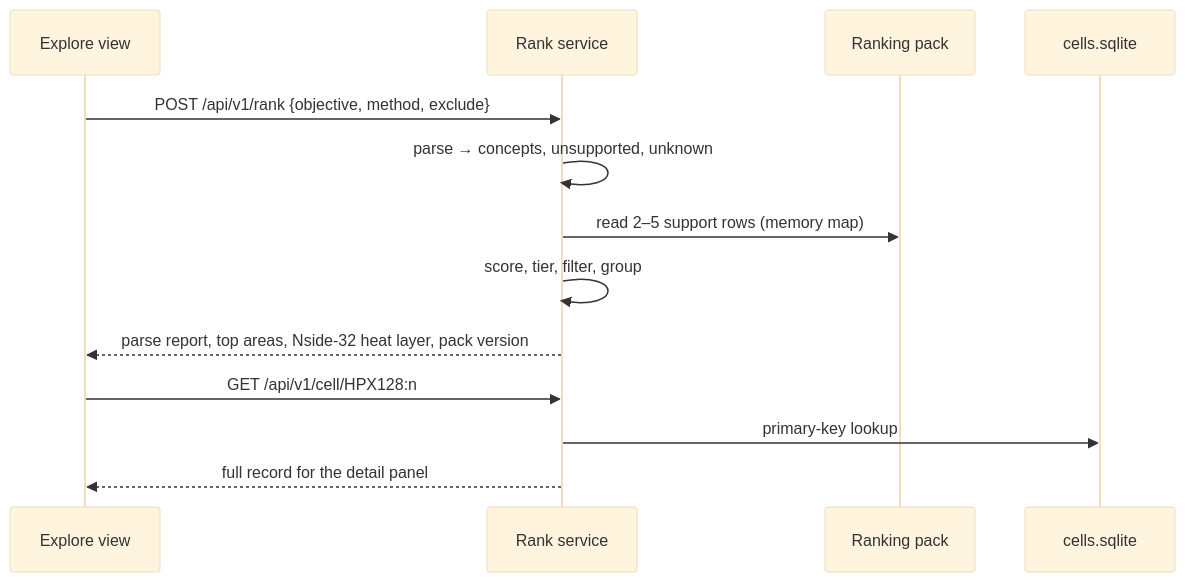
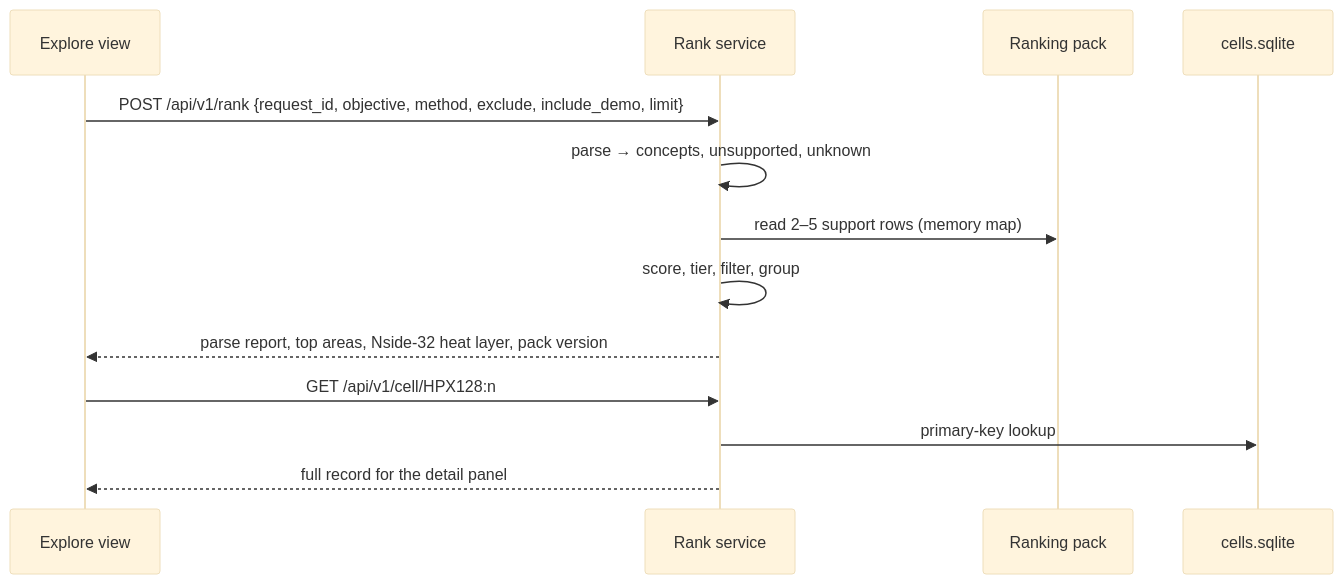
Before and after one commit to AbhimanthaW/Periapsis: the fifth of 7 diagrams in docs/region-ranking/BUILD-PLAN.md, drawn with Mermaid (base theme). The commit also changed other lines of this file and 1 other file, not shown here.

Commit message:
Isolate demo rankings and assemble responses after cache lookup

````diff
--- a/docs/region-ranking/BUILD-PLAN.md
+++ b/docs/region-ranking/BUILD-PLAN.md
@@ -190,15 +191,15 @@
 ```mermaid
 sequenceDiagram
   participant U as Explore view
   participant S as Rank service
   participant P as Ranking pack
   participant D as cells.sqlite
-  U->>S: POST /api/v1/rank {objective, method, exclude}
+  U->>S: POST /api/v1/rank {request_id, objective, method, exclude, include_demo, limit}
   S->>S: parse → concepts, unsupported, unknown
   S->>P: read 2–5 support rows (memory map)
   S->>S: score, tier, filter, group
   S-->>U: parse report, top areas, Nside-32 heat layer, pack version
   U->>S: GET /api/v1/cell/HPX128:n
   S->>D: primary-key lookup
   S-->>U: full record for the detail panel
 ```
````
